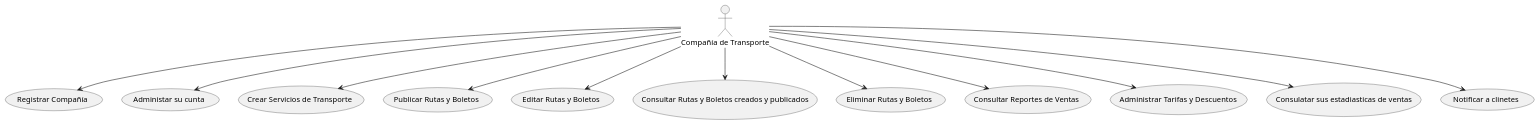
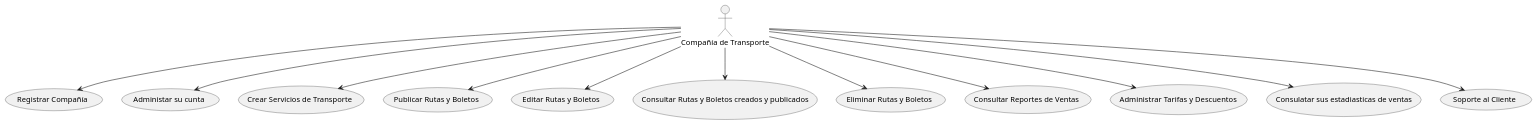
Before and after one commit to GabrielCarrilloF/AirWay---System: the diagram in Documentation/use cases/Companies.puml, drawn with PlantUML.

Commit message:
Add useCase in Company

```diff
--- a/Documentation/use cases/Companies.puml
+++ b/Documentation/use cases/Companies.puml
@@ -1,30 +1,33 @@
 @startuml c
 actor "Compañía de Transporte" as Company
 
     usecase "Registrar Compañía" as UC1
     usecase "Administar su cunta" as UC2
     usecase "Crear Servicios de Transporte" as UC3
     usecase "Publicar Rutas y Boletos" as UC4
     usecase "Editar Rutas y Boletos" as UC5
     usecase "Consultar Rutas y Boletos creados y publicados" as UC6
     usecase "Eliminar Rutas y Boletos" as UC7
     usecase "Consultar Reportes de Ventas" as UC8
     usecase "Administrar Tarifas y Descuentos" as UC9
     usecase "Consulatar sus estadiasticas de ventas" as UC10
     usecase "Ver reseñas de clientes" as UC11
     usecase "Notificar a clinetes" as UC11
+    usecase "Gestionar Cambios y Cancelaciones de Rutas" as UC11
+    usecase "Soporte al Cliente" as UC11
+
 
 
 Company --> UC1
 Company --> UC2 
 Company --> UC3 
 Company --> UC4 
 Company --> UC5 
 Company --> UC6
 Company --> UC7 
 Company --> UC8 
 Company --> UC9
 Company --> UC10
 Company --> UC11
 
 @enduml
```
